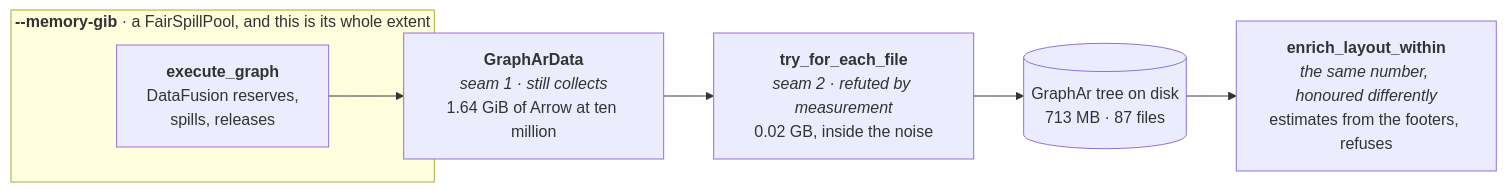
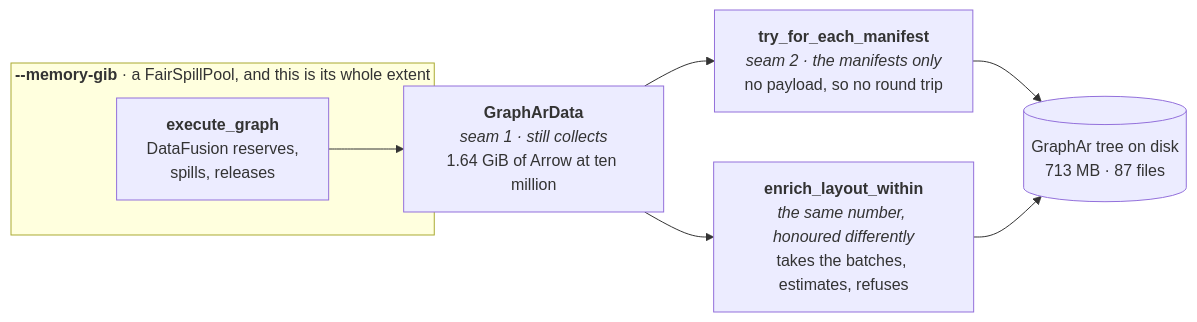
The diagram in apps/docs/content/docs/design/streaming.mdx (Kanzo-Tech/fossil-lang), drawn with Mermaid before and after one commit. The commit also changed other lines of this file and 6 other files, not shown here.

````diff
--- a/apps/docs/content/docs/design/streaming.mdx
+++ b/apps/docs/content/docs/design/streaming.mdx
@@ -18,10 +18,11 @@
 ```mermaid
 graph LR
   subgraph POOL["<b>--memory-gib</b> · a FairSpillPool, and this is its whole extent"]
     X["<b>execute_graph</b><br/>DataFusion reserves,<br/>spills, releases"]
   end
   X --> G["<b>GraphArData</b><br/><i>seam 1 · still collects</i><br/>1.64 GiB of Arrow at ten million"]
-  G --> F["<b>try_for_each_file</b><br/><i>seam 2 · refuted by measurement</i><br/>0.02 GB, inside the noise"]
+  G --> F["<b>try_for_each_manifest</b><br/><i>seam 2 · the manifests only</i><br/>no payload, so no round trip"]
+  G --> E["<b>enrich_layout_within</b><br/><i>the same number, honoured differently</i><br/>takes the batches, estimates, refuses"]
   F --> W[("GraphAr tree on disk<br/>713 MB · 87 files")]
-  W --> E["<b>enrich_layout_within</b><br/><i>the same number, honoured differently</i><br/>estimates from the footers, refuses"]
+  E --> W
 ```
````
